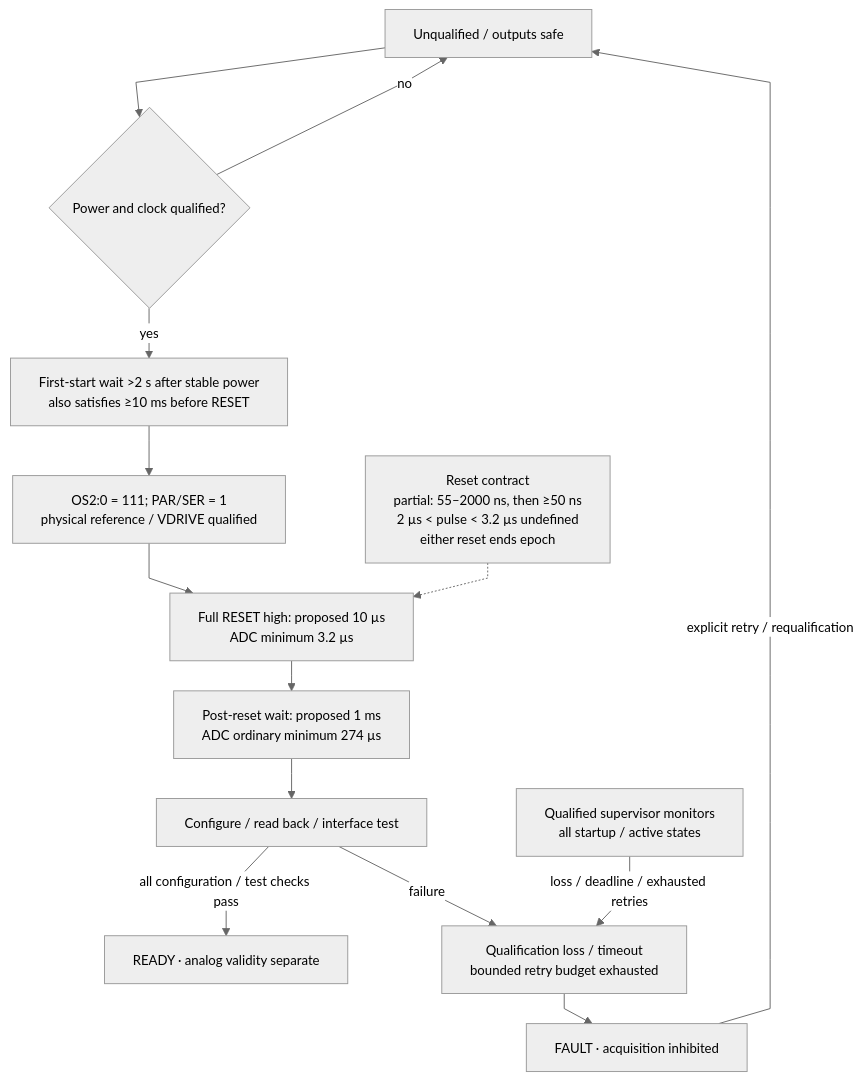
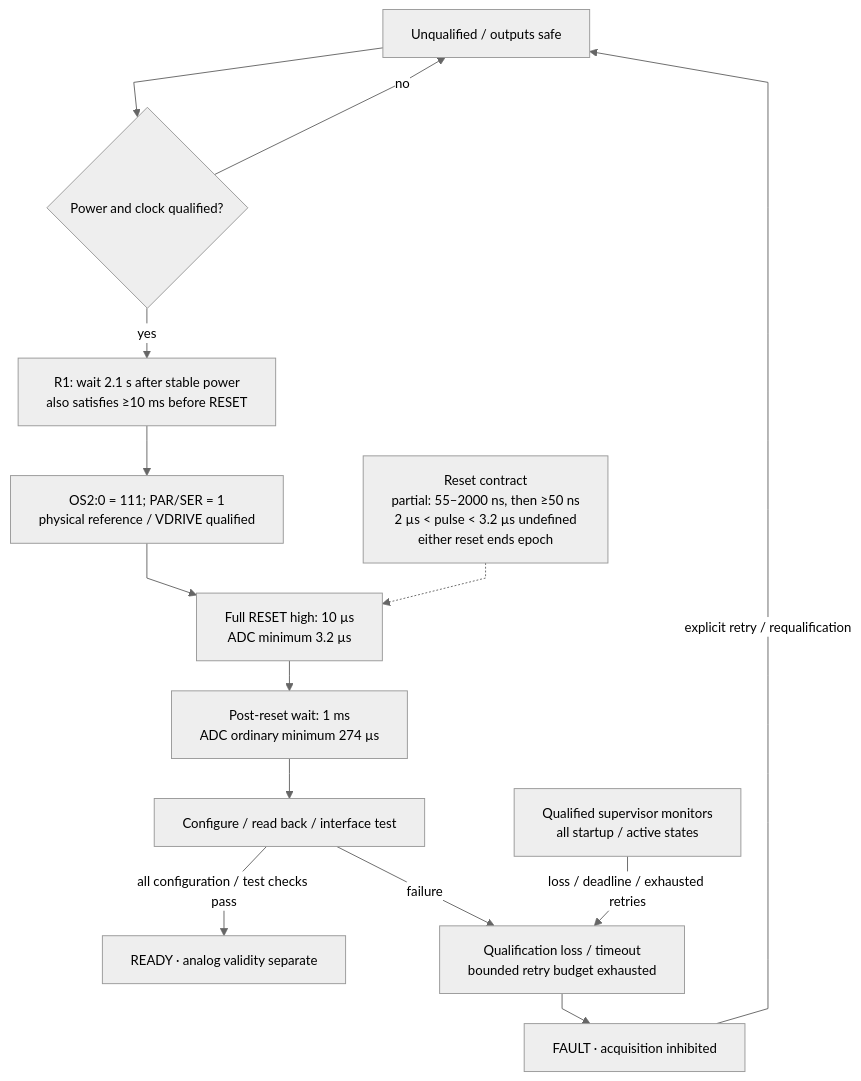
The sixth of 27 diagrams in microcontroller/acquisition/README.md (baolgn/DRG-pain-project), drawn with Mermaid before and after one commit. The commit also changed other lines of this file and 19 other files, not shown here.

````diff
--- a/microcontroller/acquisition/README.md
+++ b/microcontroller/acquisition/README.md
@@ -148,17 +153,17 @@
 ```mermaid
 %%{init: {"theme":"neutral","themeVariables":{"fontFamily":"Arial,sans-serif","fontSize":"14px"},"flowchart":{"htmlLabels":true,"minNodeWidth":0,"wrappingWidth":240,"nodeSpacing":28,"rankSpacing":32,"curve":"linear"}}}%%
 flowchart TB
     OFF["Unqualified / outputs safe"] --> PWR{"Power and clock qualified?"}
     PWR -->|"no"| OFF
-    PWR -->|"yes"| WAIT["First-start wait >2 s after stable power<br/>also satisfies ≥10 ms before RESET"]
+    PWR -->|"yes"| WAIT["R1: wait 2.1 s after stable power<br/>also satisfies ≥10 ms before RESET"]
     WAIT --> PINS["OS2:0 = 111; PAR/SER = 1<br/>physical reference / VDRIVE qualified"]
-    PINS --> RESET["Full RESET high: proposed 10 µs<br/>ADC minimum 3.2 µs"]
-    RESET --> SETTLE["Post-reset wait: proposed 1 ms<br/>ADC ordinary minimum 274 µs"]
+    PINS --> RESET["Full RESET high: 10 µs<br/>ADC minimum 3.2 µs"]
+    RESET --> SETTLE["Post-reset wait: 1 ms<br/>ADC ordinary minimum 274 µs"]
     SETTLE --> CONFIG["Configure / read back / interface test"]
     CONFIG -->|"all configuration / test checks pass"| READY["READY · analog validity separate"]
     CONFIG -->|"failure"| BAD
     BAD["Qualification loss / timeout<br/>bounded retry budget exhausted"] --> FAULT["FAULT · acquisition inhibited"]
     MON["Qualified supervisor monitors<br/>all startup / active states"] -->|"loss / deadline / exhausted retries"| BAD
     FAULT -->|"explicit retry / requalification"| OFF
     PART["Reset contract<br/>partial: 55–2000 ns, then ≥50 ns<br/>2 µs < pulse < 3.2 µs undefined<br/>either reset ends epoch"] -.-> RESET
 ```
````
